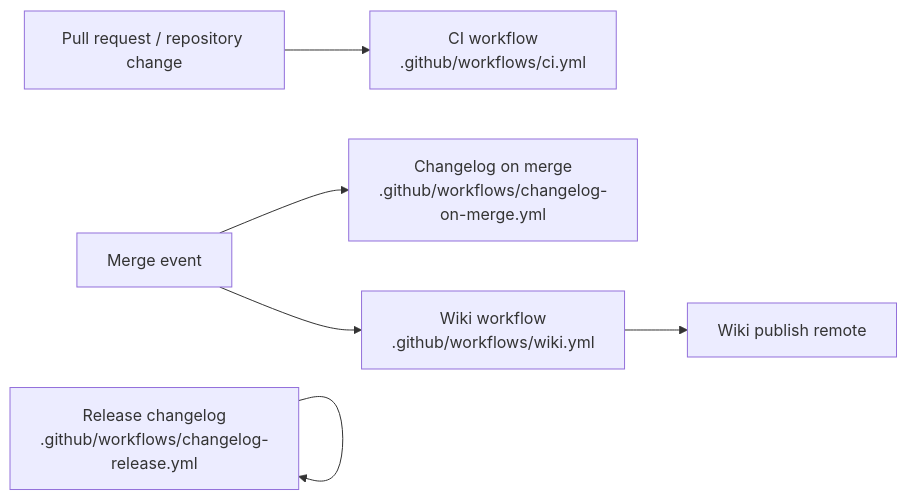
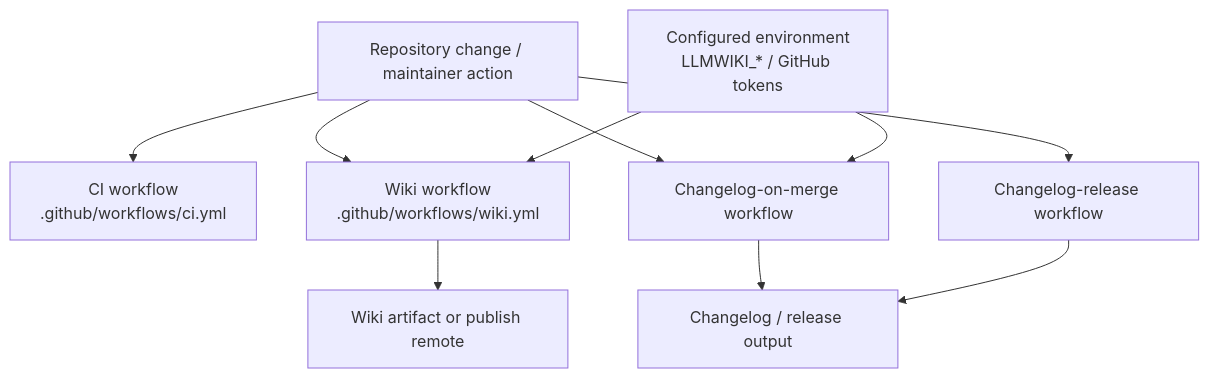
One commit to mfittko/repo-wiki changed the fourth of 4 diagrams in Architecture.md. Above: the diagram before and after it, drawn with Mermaid. The commit also changed other lines of this file and 45 other files, not shown here.

Commit message:
Compile repository wiki 2026-06-12T13:37:54.626Z

````diff
--- a/Architecture.md
+++ b/Architecture.md
@@ -176,16 +298,21 @@
 ```mermaid
-flowchart LR
-  PR["Pull request / repository change"]
-  CI["CI workflow\n.github/workflows/ci.yml"]
-  Merge["Merge event"]
-  Changelog["Changelog on merge\n.github/workflows/changelog-on-merge.yml"]
-  Release["Release changelog\n.github/workflows/changelog-release.yml"]
-  Wiki["Wiki workflow\n.github/workflows/wiki.yml"]
-  Publish["Wiki publish remote"]
+flowchart TD
+  Change["Repository change / maintainer action"]
+  CI["CI workflow<br/>.github/workflows/ci.yml"]
+  Wiki["Wiki workflow<br/>.github/workflows/wiki.yml"]
+  ChangelogMerge["Changelog-on-merge workflow"]
+  ChangelogRelease["Changelog-release workflow"]
+  Env["Configured environment<br/>LLMWIKI_* / GitHub tokens"]
+  ArtifactOrWiki["Wiki artifact or publish remote"]
+  ReleaseNotes["Changelog / release output"]
 
-  PR --> CI
-  Merge --> Changelog
-  Merge --> Wiki
-  Release --> Release
-  Wiki --> Publish
+  Change --> CI
+  Change --> Wiki
+  Change --> ChangelogMerge
+  Change --> ChangelogRelease
+  Env --> Wiki
+  Env --> ChangelogMerge
+  Wiki --> ArtifactOrWiki
+  ChangelogMerge --> ReleaseNotes
+  ChangelogRelease --> ReleaseNotes
 ```
````
